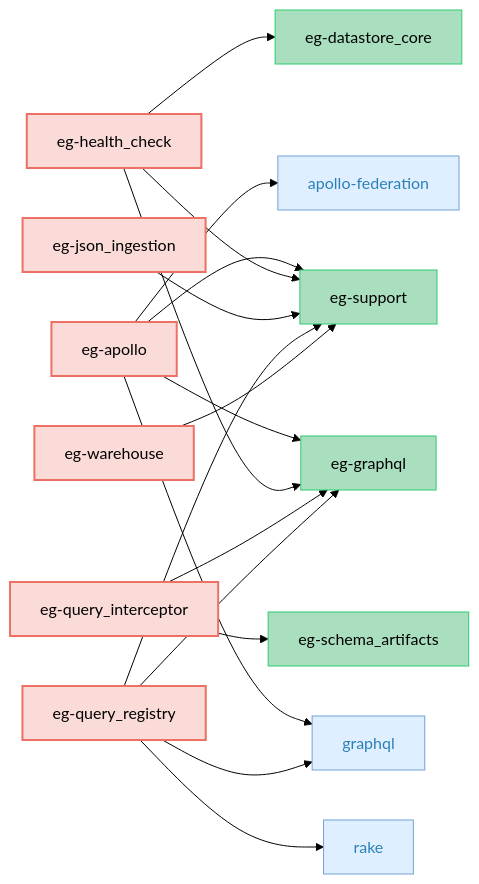
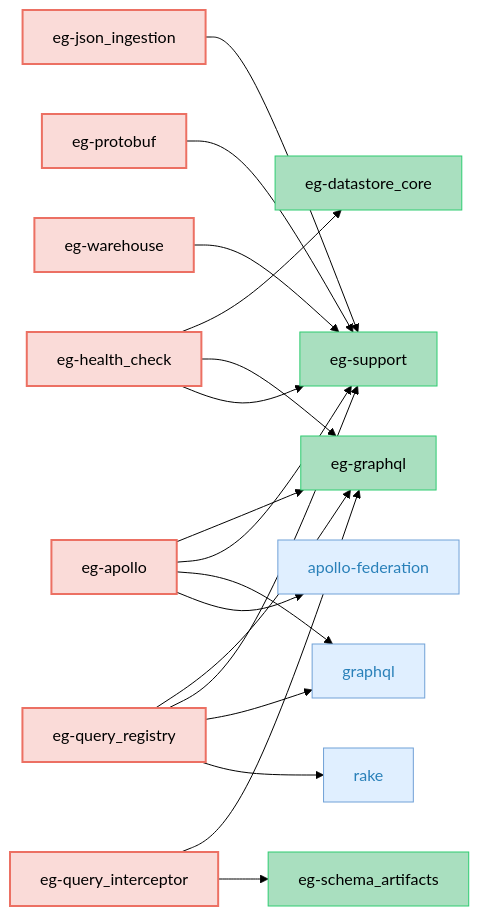
Before and after one commit to block/elasticgraph: the fourth of 5 diagrams in CODEBASE_OVERVIEW.md, drawn with Mermaid (forest theme). The commit also changed other lines of this file and 47 other files, not shown here.

Commit message:
Add elasticgraph-protobuf schema artifacts

````diff
--- a/CODEBASE_OVERVIEW.md
+++ b/CODEBASE_OVERVIEW.md
@@ -211,50 +212,53 @@
 ```mermaid
 graph LR;
     classDef targetGemStyle fill:#FADBD8,stroke:#EC7063,color:#000,stroke-width:2px;
     classDef otherEgGemStyle fill:#A9DFBF,stroke:#2ECC71,color:#000;
     classDef externalGemCatStyle fill:#E0EFFF,stroke:#70A1D7,color:#2980B9;
     elasticgraph-apollo["eg-apollo"];
     elasticgraph-graphql["eg-graphql"];
     elasticgraph-support["eg-support"];
     graphql["graphql"];
     apollo-federation["apollo-federation"];
     elasticgraph-health_check["eg-health_check"];
     elasticgraph-datastore_core["eg-datastore_core"];
     elasticgraph-json_ingestion["eg-json_ingestion"];
+    elasticgraph-protobuf["eg-protobuf"];
     elasticgraph-query_interceptor["eg-query_interceptor"];
     elasticgraph-schema_artifacts["eg-schema_artifacts"];
     elasticgraph-query_registry["eg-query_registry"];
     rake["rake"];
     elasticgraph-warehouse["eg-warehouse"];
     elasticgraph-apollo --> elasticgraph-graphql;
     elasticgraph-apollo --> elasticgraph-support;
     elasticgraph-apollo --> graphql;
     elasticgraph-apollo --> apollo-federation;
     elasticgraph-health_check --> elasticgraph-datastore_core;
     elasticgraph-health_check --> elasticgraph-graphql;
     elasticgraph-health_check --> elasticgraph-support;
     elasticgraph-json_ingestion --> elasticgraph-support;
+    elasticgraph-protobuf --> elasticgraph-support;
     elasticgraph-query_interceptor --> elasticgraph-graphql;
     elasticgraph-query_interceptor --> elasticgraph-schema_artifacts;
     elasticgraph-query_registry --> elasticgraph-graphql;
     elasticgraph-query_registry --> elasticgraph-support;
     elasticgraph-query_registry --> graphql;
     elasticgraph-query_registry --> rake;
     elasticgraph-warehouse --> elasticgraph-support;
     class elasticgraph-apollo targetGemStyle;
     class elasticgraph-graphql otherEgGemStyle;
     class elasticgraph-support otherEgGemStyle;
     class graphql externalGemCatStyle;
     class apollo-federation externalGemCatStyle;
     class elasticgraph-health_check targetGemStyle;
     class elasticgraph-datastore_core otherEgGemStyle;
     class elasticgraph-json_ingestion targetGemStyle;
+    class elasticgraph-protobuf targetGemStyle;
     class elasticgraph-query_interceptor targetGemStyle;
     class elasticgraph-schema_artifacts otherEgGemStyle;
     class elasticgraph-query_registry targetGemStyle;
     class rake externalGemCatStyle;
     class elasticgraph-warehouse targetGemStyle;
     click graphql href "https://rubygems.org/gems/graphql" "Open on RubyGems.org" _blank;
     click apollo-federation href "https://rubygems.org/gems/apollo-federation" "Open on RubyGems.org" _blank;
     click rake href "https://rubygems.org/gems/rake" "Open on RubyGems.org" _blank;
 ```
````
